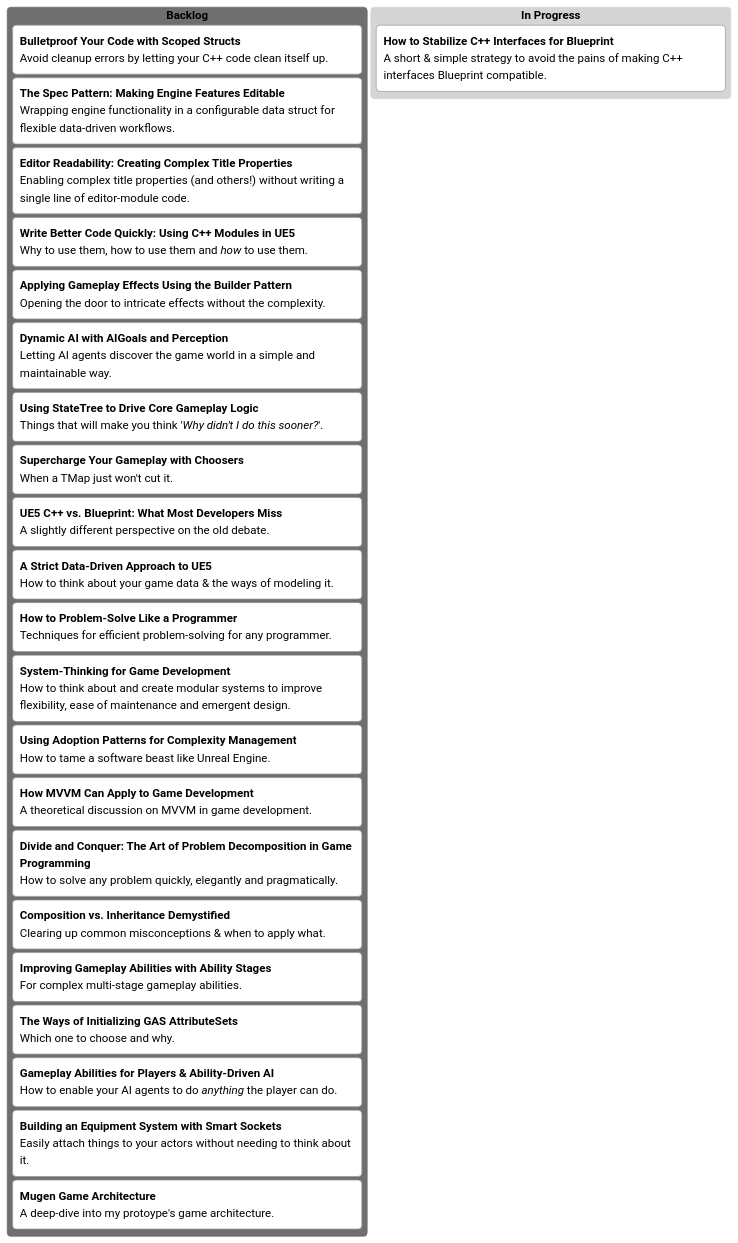
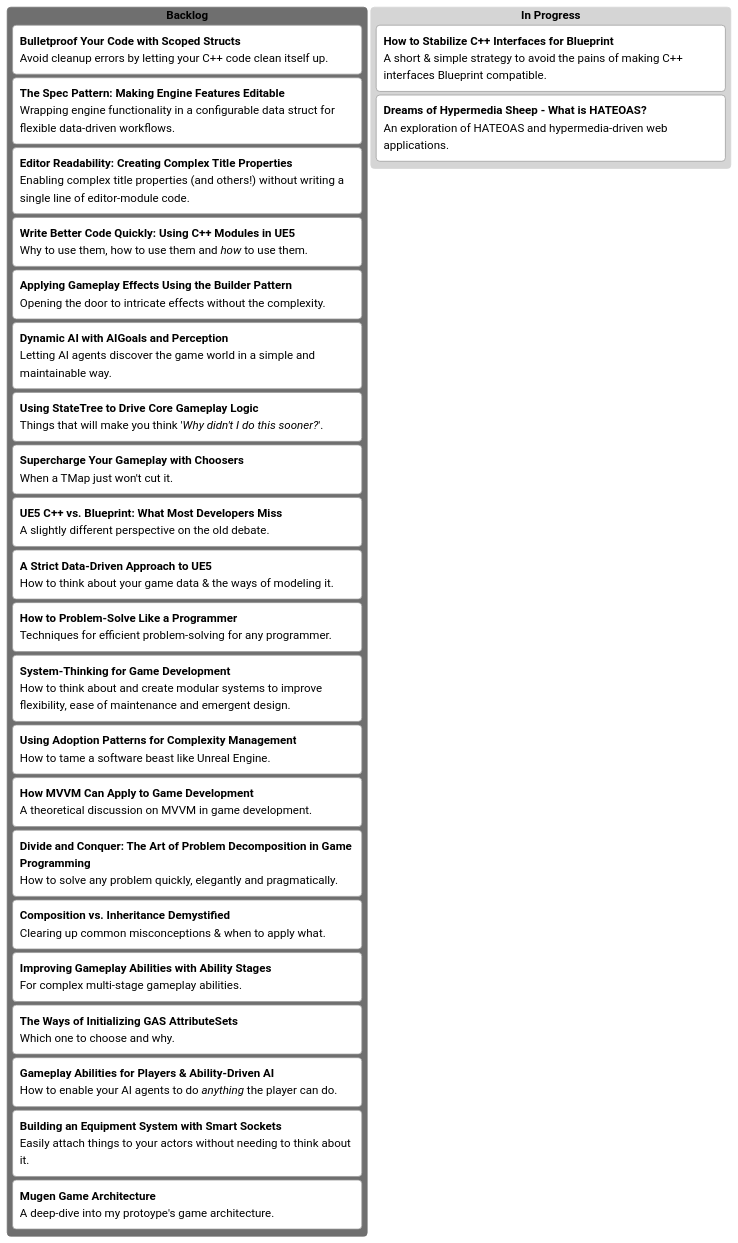
The diagram in kanban.md (mugenmelon/mugenmelon.github.io), drawn with Mermaid (neutral theme) before and after one commit. The commit also changed 5 other files, not shown here.

```diff
--- a/kanban.md
+++ b/kanban.md
@@ -8,55 +8,57 @@
 <pre class="mermaid">
 ---
 config:
     kanban:
         sectionWidth: 500
 ---
 kanban
     ["`**Backlog**`"]
         ["`**Bulletproof Your Code with Scoped Structs**
             Avoid cleanup errors by letting your C++ code clean itself up.`"]
         ["`**The Spec Pattern: Making Engine Features Editable**
             Wrapping engine functionality in a configurable data struct for flexible data-driven workflows.`"]
         ["`**Editor Readability: Creating Complex Title Properties**
             Enabling complex title properties (and others!) without writing a single line of editor-module code.`"]
         ["`**Write Better Code Quickly: Using C++ Modules in UE5**
             Why to use them, how to use them and *how* to use them.`"]
         ["`**Applying Gameplay Effects Using the Builder Pattern**
             Opening the door to intricate effects without the complexity.`"]
         ["`**Dynamic AI with AIGoals and Perception**
             Letting AI agents discover the game world in a simple and maintainable way.`"]
         ["`**Using StateTree to Drive Core Gameplay Logic**
             Things that will make you think '*Why didn't I do this sooner?*'.`"]
         ["`**Supercharge Your Gameplay with Choosers**
             When a TMap just won't cut it.`"]
         
         ["`**UE5 C++ vs. Blueprint: What Most Developers Miss**
             A slightly different perspective on the old debate.`"]
         ["`**A Strict Data-Driven Approach to UE5**
             How to think about your game data & the ways of modeling it.`"]
         ["`**How to Problem-Solve Like a Programmer**
             Techniques for efficient problem-solving for any programmer.`"]
         ["`**System-Thinking for Game Development**
             How to think about and create modular systems to improve flexibility, ease of maintenance and emergent design.`"]
         ["`**Using Adoption Patterns for Complexity Management**
             How to tame a software beast like Unreal Engine.`"]
         ["`**How MVVM Can Apply to Game Development**
             A theoretical discussion on MVVM in game development.`"]
         ["`**Divide and Conquer: The Art of Problem Decomposition in Game Programming**
             How to solve any problem quickly, elegantly and pragmatically.`"]
         ["`**Composition vs. Inheritance Demystified**
             Clearing up common misconceptions & when to apply what.`"]
         ["`**Improving Gameplay Abilities with Ability Stages**
             For complex multi-stage gameplay abilities.`"]
         ["`**The Ways of Initializing GAS AttributeSets**
             Which one to choose and why.`"]
         ["`**Gameplay Abilities for Players & Ability-Driven AI**
             How to enable your AI agents to do *anything* the player can do.`"]
         ["`**Building an Equipment System with Smart Sockets**
             Easily attach things to your actors without needing to think about it.`"]
         ["`**Mugen Game Architecture**
             A deep-dive into my protoype's game architecture.`"]
     ["`**In Progress**`"]
         ["`**How to Stabilize C++ Interfaces for Blueprint**
             A short & simple strategy to avoid the pains of making C++ interfaces Blueprint compatible.`"]
+        ["`**Dreams of Hypermedia Sheep - What is HATEOAS?**
+            An exploration of HATEOAS and hypermedia-driven web applications.`"]
 </pre>
```
